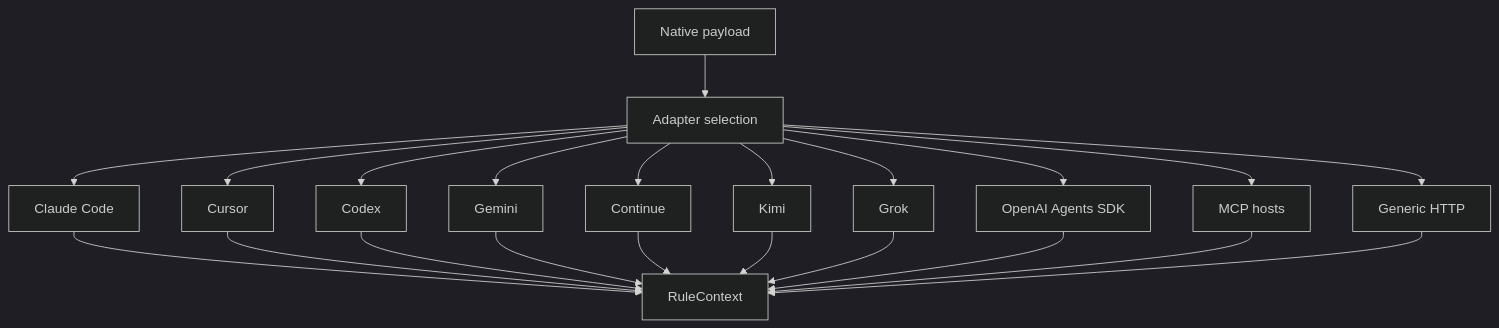
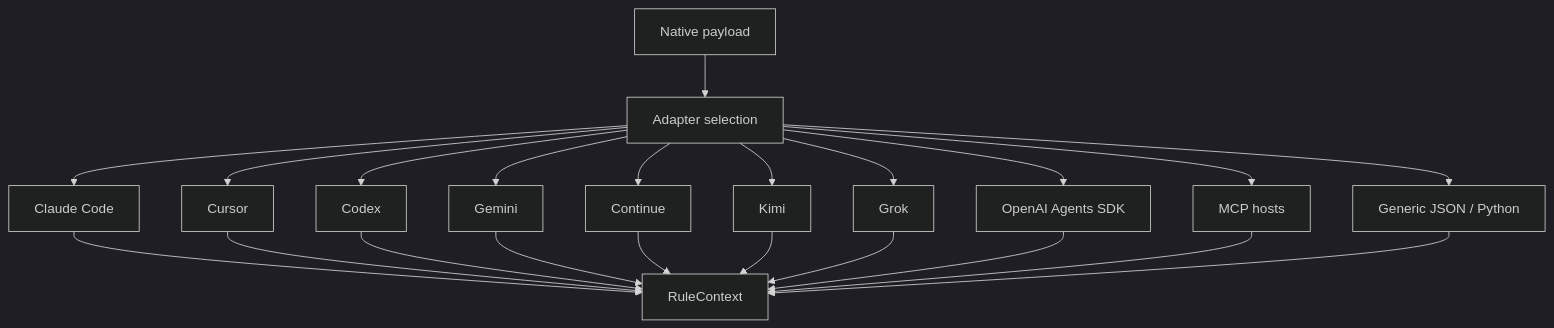
One commit to mauhpr/agentlint changed the second of 6 diagrams in docs/architecture.md. Above: the diagram before and after it, drawn with Mermaid (dark theme). The commit also changed other lines of this file and 38 other files, not shown here.

````diff
--- a/docs/architecture.md
+++ b/docs/architecture.md
@@ -21,24 +27,24 @@
 ```mermaid
 flowchart TB
   Raw[Native payload] --> Detect[Adapter selection]
   Detect --> Claude[Claude Code]
   Detect --> Cursor[Cursor]
   Detect --> Codex[Codex]
   Detect --> Gemini[Gemini]
   Detect --> Continue[Continue]
   Detect --> Kimi[Kimi]
   Detect --> Grok[Grok]
   Detect --> OpenAI[OpenAI Agents SDK]
   Detect --> MCP[MCP hosts]
-  Detect --> Generic[Generic HTTP]
+  Detect --> Generic[Generic JSON / Python]
   Claude --> Normalized[RuleContext]
   Cursor --> Normalized
   Codex --> Normalized
   Gemini --> Normalized
   Continue --> Normalized
   Kimi --> Normalized
   Grok --> Normalized
   OpenAI --> Normalized
   MCP --> Normalized
   Generic --> Normalized
 ```
````
